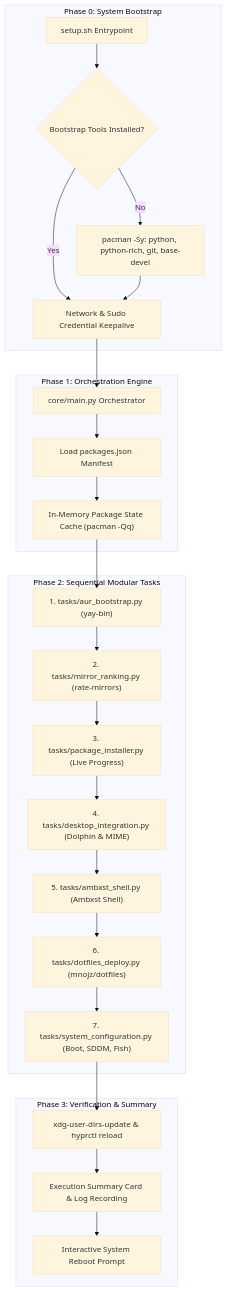
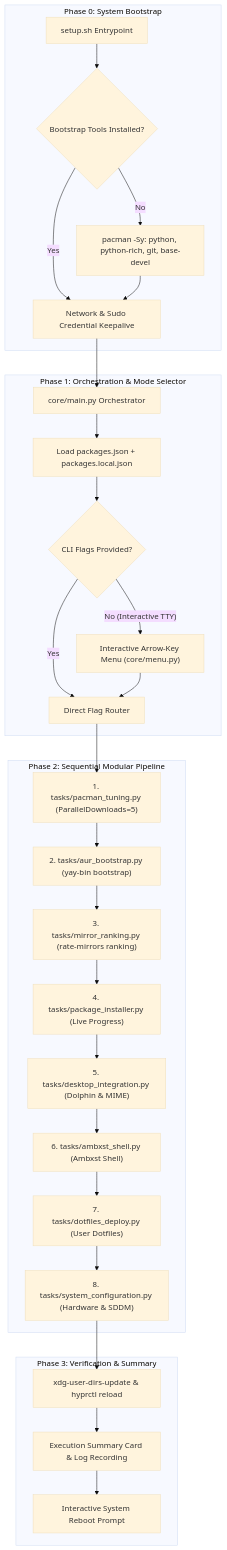
Before and after one commit to mnojz/ArchSetup: the diagram in readme.md, drawn with Mermaid (base theme). The commit also changed other lines of this file and 12 other files, not shown here.

Commit message:
removed flags added interactive menu, and added more features.

````diff
--- a/readme.md
+++ b/readme.md
@@ -66,31 +89,35 @@
 ```mermaid
 flowchart TD
     subgraph Bootstrap[" Phase 0: System Bootstrap "]
         A["setup.sh Entrypoint"] --> B{"Bootstrap Tools Installed?"}
         B -- "No" --> C["pacman -Sy: python, python-rich, git, base-devel"]
         B -- "Yes" --> D["Network & Sudo Credential Keepalive"]
         C --> D
     end
 
-    subgraph CoreEngine[" Phase 1: Orchestration Engine "]
+    subgraph CoreEngine[" Phase 1: Orchestration & Mode Selector "]
         D --> E["core/main.py Orchestrator"]
-        E --> F["Load packages.json Manifest"]
-        F --> G["In-Memory Package State Cache (pacman -Qq)"]
+        E --> F["Load packages.json + packages.local.json"]
+        F --> G{"CLI Flags Provided?"}
+        G -- "No (Interactive TTY)" --> H["Interactive Arrow-Key Menu (core/menu.py)"]
+        G -- "Yes" --> I["Direct Flag Router"]
+        H --> I
     end
 
-    subgraph Tasks[" Phase 2: Sequential Modular Tasks "]
-        G --> T1["1. tasks/aur_bootstrap.py (yay-bin)"]
-        T1 --> T2["2. tasks/mirror_ranking.py (rate-mirrors)"]
-        T2 --> T3["3. tasks/package_installer.py (Live Progress)"]
-        T3 --> T4["4. tasks/desktop_integration.py (Dolphin & MIME)"]
-        T4 --> T5["5. tasks/ambxst_shell.py (Ambxst Shell)"]
-        T5 --> T6["6. tasks/dotfiles_deploy.py (mnojz/dotfiles)"]
-        T6 --> T7["7. tasks/system_configuration.py (Boot, SDDM, Fish)"]
+    subgraph Tasks[" Phase 2: Sequential Modular Pipeline "]
+        I --> T1["1. tasks/pacman_tuning.py (ParallelDownloads=5)"]
+        T1 --> T2["2. tasks/aur_bootstrap.py (yay-bin bootstrap)"]
+        T2 --> T3["3. tasks/mirror_ranking.py (rate-mirrors ranking)"]
+        T3 --> T4["4. tasks/package_installer.py (Live Progress)"]
+        T4 --> T5["5. tasks/desktop_integration.py (Dolphin & MIME)"]
+        T5 --> T6["6. tasks/ambxst_shell.py (Ambxst Shell)"]
+        T6 --> T7["7. tasks/dotfiles_deploy.py (User Dotfiles)"]
+        T7 --> T8["8. tasks/system_configuration.py (Hardware & SDDM)"]
     end
 
     subgraph Finish[" Phase 3: Verification & Summary "]
-        T7 --> H1["xdg-user-dirs-update & hyprctl reload"]
-        H1 --> H2["Execution Summary Card & Log Recording"]
-        H2 --> H3["Interactive System Reboot Prompt"]
+        T8 --> K1["xdg-user-dirs-update & hyprctl reload"]
+        K1 --> K2["Execution Summary Card & Log Recording"]
+        K2 --> K3["Interactive System Reboot Prompt"]
     end
 ```
````
